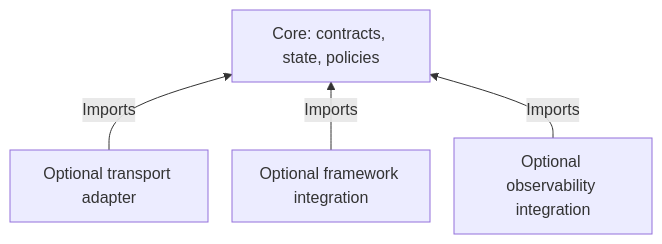
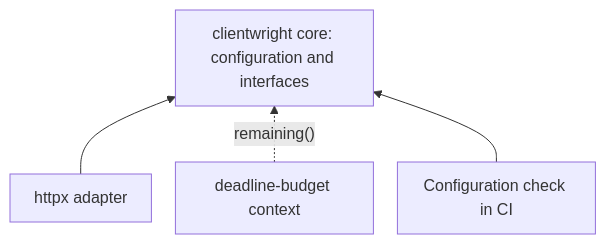
The diagram in docs/blog/posts/2026-09-07-zero-dependency-cores.md (bedrock-python/bedrock-python.github.io), drawn with Mermaid before and after one commit. The commit also changed other lines of this file and 37 other files, not shown here.

````diff
--- a/docs/blog/posts/2026-09-07-zero-dependency-cores.md
+++ b/docs/blog/posts/2026-09-07-zero-dependency-cores.md
@@ -74,19 +68,20 @@
 ```mermaid
 ---
 config:
   theme: default
   look: classic
   flowchart:
     useMaxWidth: false
     wrappingWidth: 150
     padding: 12
     nodeSpacing: 24
     rankSpacing: 32
 ---
 flowchart BT
-    accTitle: Optional integrations depend on the core
-    accDescr: The core imports neither frameworks nor optional adapters. Extras add integrations around its contracts; a package whose purpose is SQLAlchemy integration can still depend on SQLAlchemy directly.
-    A["Optional transport adapter"] -->|"Imports"| C["Core: contracts, state, policies"]
-    B["Optional framework integration"] -->|"Imports"| C
-    O["Optional observability integration"] -->|"Imports"| C
+    accTitle: Integrations connect to the core
+    accDescr: Client configuration and the budget interface work without an HTTP library. The httpx adapter and deadline-budget are added where the application needs them.
+    A["clientwright core: configuration and interfaces"]
+    B["httpx adapter"] --> A
+    C["deadline-budget context"] -.->|"remaining()"| A
+    D["Configuration check in CI"] --> A
 ```
````
